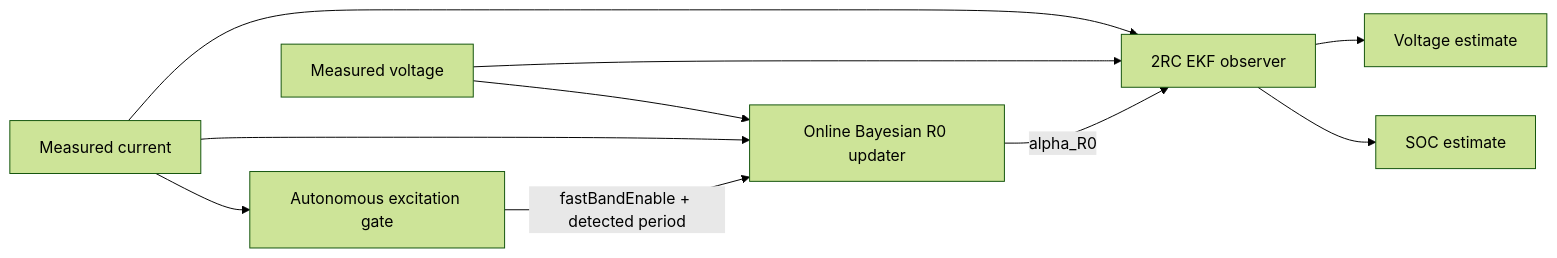
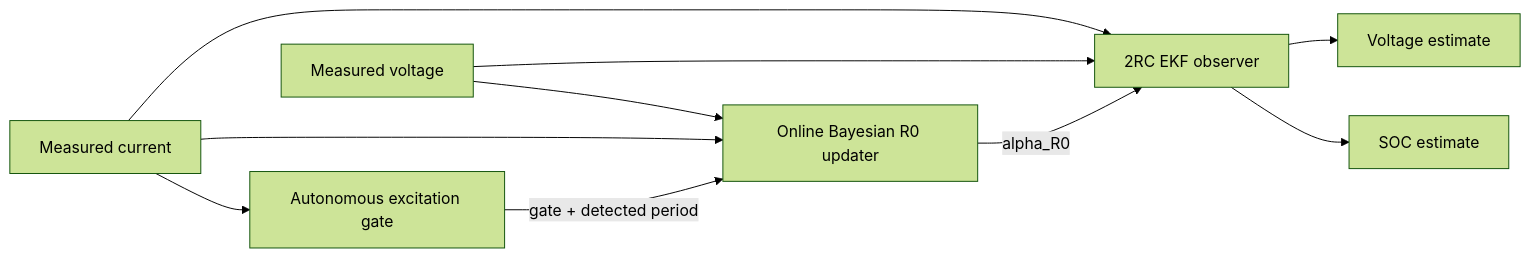
Before and after one commit to jiaxingLu/MJ1_2RC_EKF_SOC_Estimation: the diagram in README.md, drawn with Mermaid (forest theme). The commit also changed other lines of this file and 6 other files, not shown here.

````diff
--- a/README.md
+++ b/README.md
@@ -13,12 +16,12 @@
 ```mermaid
 flowchart LR
     I[Measured current] --> G[Autonomous excitation gate]
     I --> B[Online Bayesian R0 updater]
     V[Measured voltage] --> B
-    G -->|fastBandEnable + detected period| B
+    G -->|gate + detected period| B
     B -->|alpha_R0| E[2RC EKF observer]
     I --> E
     V --> E
     E --> S[SOC estimate]
     E --> VH[Voltage estimate]
 ```
````
